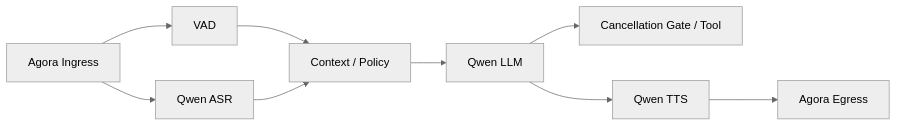
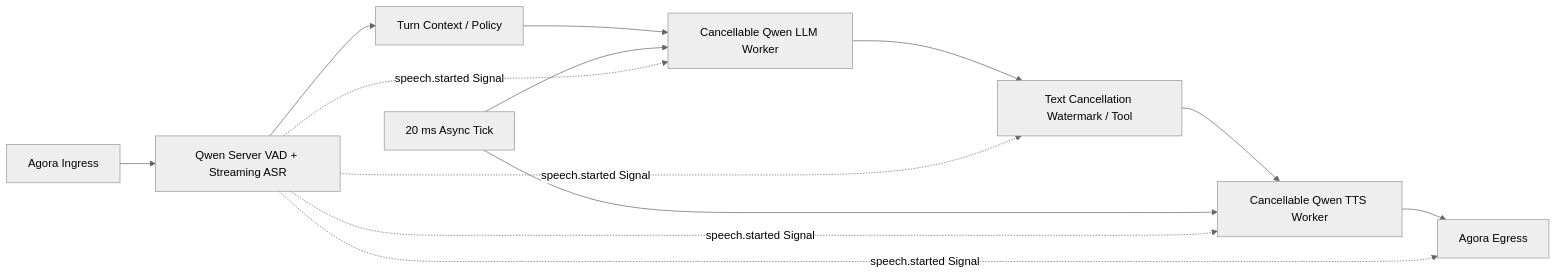
The second of 3 diagrams in docs/site/en/voice-architecture.md (PiyotaHu/Voxa), drawn with Mermaid (neutral theme) before and after one commit. The commit also changed other lines of this file and 33 other files, not shown here.

````diff
--- a/docs/site/en/voice-architecture.md
+++ b/docs/site/en/voice-architecture.md
@@ -32,11 +32,15 @@
 ```mermaid
 flowchart LR
-    IN["Agora Ingress"] --> VAD["VAD"]
-    IN --> ASR["Qwen ASR"]
-    VAD --> FUSION["Context / Policy"]
-    ASR --> FUSION
-    FUSION --> LLM["Qwen LLM"]
-    LLM --> TEXT["Cancellation Gate / Tool"]
-    LLM --> TTS["Qwen TTS"]
+    IN["Agora Ingress"] --> ASR["Qwen Server VAD + Streaming ASR"]
+    ASR --> FUSION["Turn Context / Policy"]
+    FUSION --> LLM["Cancellable Qwen LLM Worker"]
+    CLOCK["20 ms Async Tick"] --> LLM
+    LLM --> GATE["Text Cancellation Watermark / Tool"]
+    GATE --> TTS["Cancellable Qwen TTS Worker"]
+    CLOCK --> TTS
     TTS --> OUT["Agora Egress"]
+    ASR -. "speech.started Signal" .-> LLM
+    ASR -. "speech.started Signal" .-> TTS
+    ASR -. "speech.started Signal" .-> GATE
+    ASR -. "speech.started Signal" .-> OUT
 ```
````
